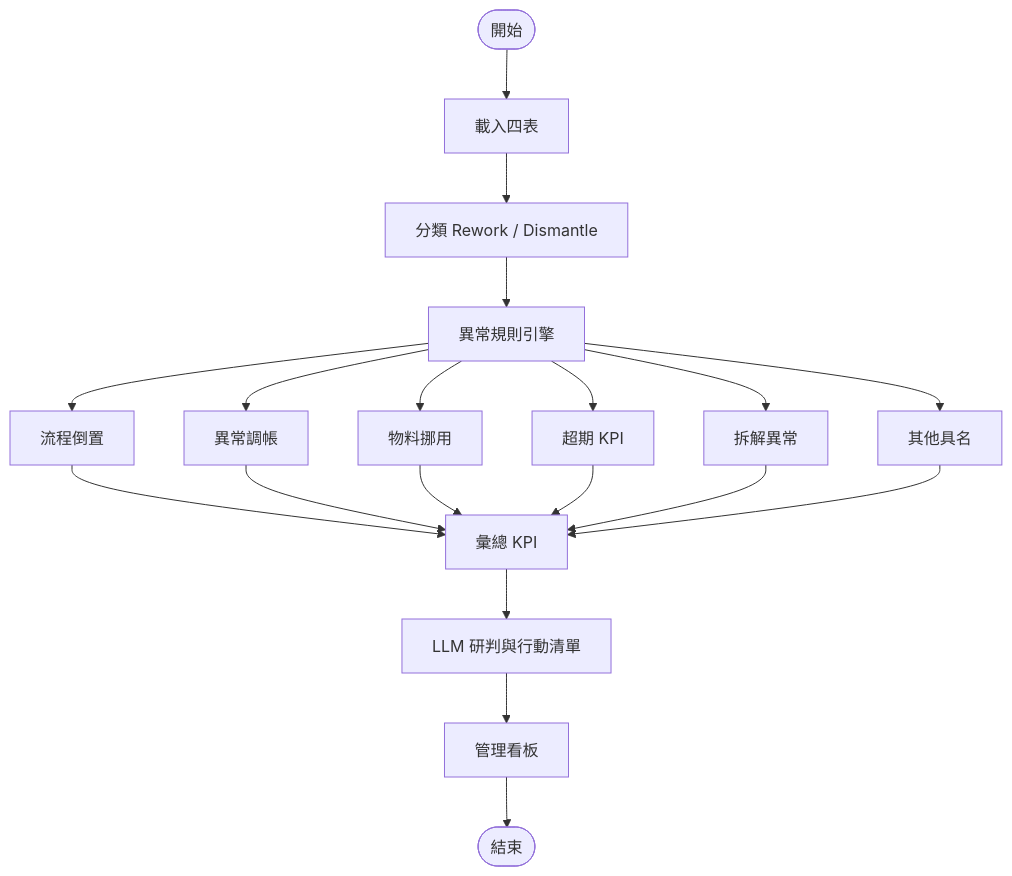
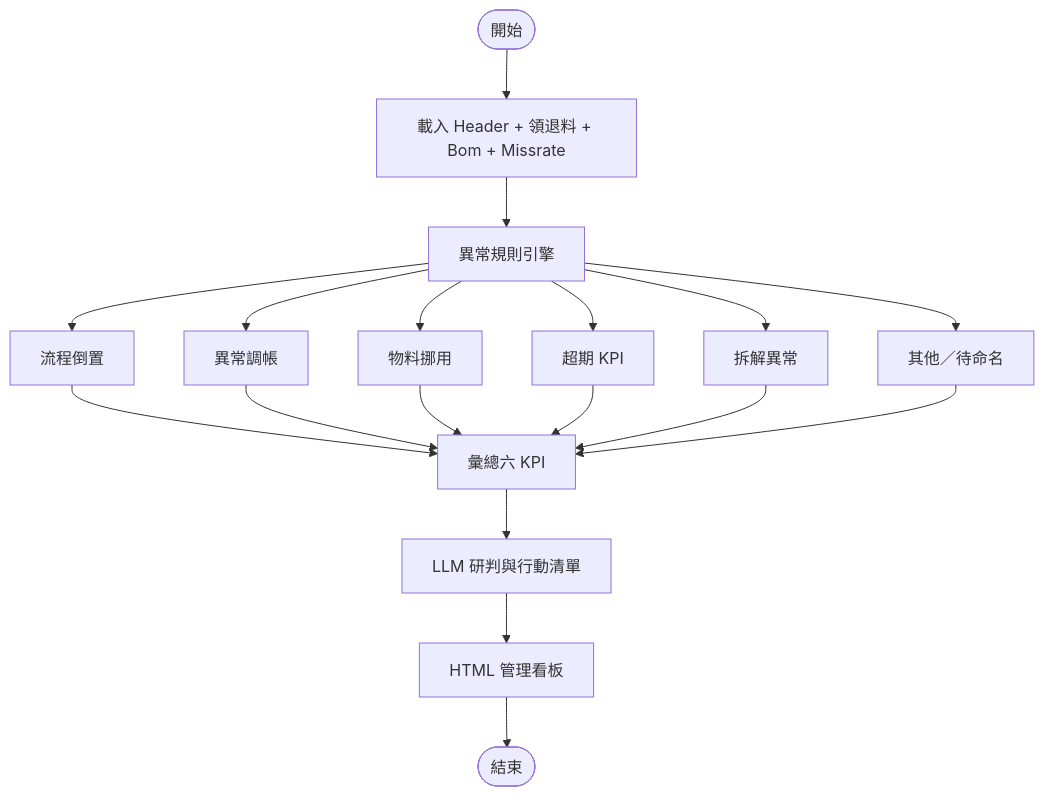
One commit to jellyfish00001/MoAgentChat_Work changed the second of 2 diagrams in docs/flow-templates/02-範本-rd_risk_dashboard.md. Above: the diagram before and after it, drawn with Mermaid. The commit also changed other lines of this file and 42 other files, not shown here.

````diff
--- a/docs/flow-templates/02-範本-rd_risk_dashboard.md
+++ b/docs/flow-templates/02-範本-rd_risk_dashboard.md
@@ -28,21 +44,20 @@
 ```mermaid
 flowchart TD
-  S([開始]) --> Load[載入四表]
-  Load --> Cls[分類 Rework / Dismantle]
-  Cls --> Eng[異常規則引擎]
+  S([開始]) --> Load[載入 Header + 領退料 + Bom + Missrate]
+  Load --> Eng[異常規則引擎]
   Eng --> R1[流程倒置]
   Eng --> R2[異常調帳]
   Eng --> R3[物料挪用]
   Eng --> R4[超期 KPI]
   Eng --> R5[拆解異常]
-  Eng --> R6[其他具名]
-  R1 --> KPI[彙總 KPI]
+  Eng --> R6[其他／待命名]
+  R1 --> KPI[彙總六 KPI]
   R2 --> KPI
   R3 --> KPI
   R4 --> KPI
   R5 --> KPI
   R6 --> KPI
   KPI --> LLM[LLM 研判與行動清單]
-  LLM --> Board[管理看板]
+  LLM --> Board[HTML 管理看板]
   Board --> EndNode([結束])
 ```
````
